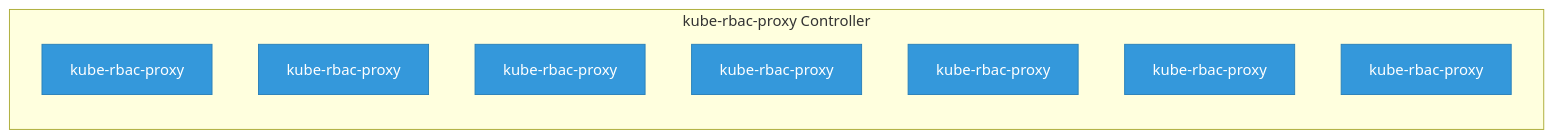
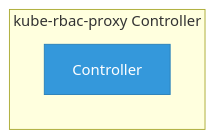
One commit to ugiordan/architecture-analyzer changed the diagram in site/docs/odh-platform/components/kube_rbac_proxy/index.md. Above: the diagram before and after it, drawn with Mermaid. The commit also changed other lines of this file and 299 other files, not shown here.

````diff
--- a/site/docs/odh-platform/components/kube_rbac_proxy/index.md
+++ b/site/docs/odh-platform/components/kube_rbac_proxy/index.md
@@ -25,27 +25,15 @@
 ```mermaid
 graph LR
     %% Component architecture for kube-rbac-proxy
 
     classDef crd fill:#e74c3c,stroke:#c0392b,color:#fff
     classDef controller fill:#3498db,stroke:#2980b9,color:#fff
     classDef owned fill:#2ecc71,stroke:#27ae60,color:#fff
     classDef external fill:#95a5a6,stroke:#7f8c8d,color:#fff
     classDef dep fill:#f39c12,stroke:#e67e22,color:#fff
 
     subgraph controller["kube-rbac-proxy Controller"]
-        dep_1["kube-rbac-proxy"]
-        class dep_1 controller
-        dep_2["kube-rbac-proxy"]
-        class dep_2 controller
-        dep_3["kube-rbac-proxy"]
-        class dep_3 controller
-        dep_4["kube-rbac-proxy"]
-        class dep_4 controller
-        dep_5["kube-rbac-proxy"]
-        class dep_5 controller
-        dep_6["kube-rbac-proxy"]
-        class dep_6 controller
-        dep_7["kube-rbac-proxy"]
-        class dep_7 controller
+        ctrl_1["Controller"]
+        class ctrl_1 controller
     end
 ```
````
